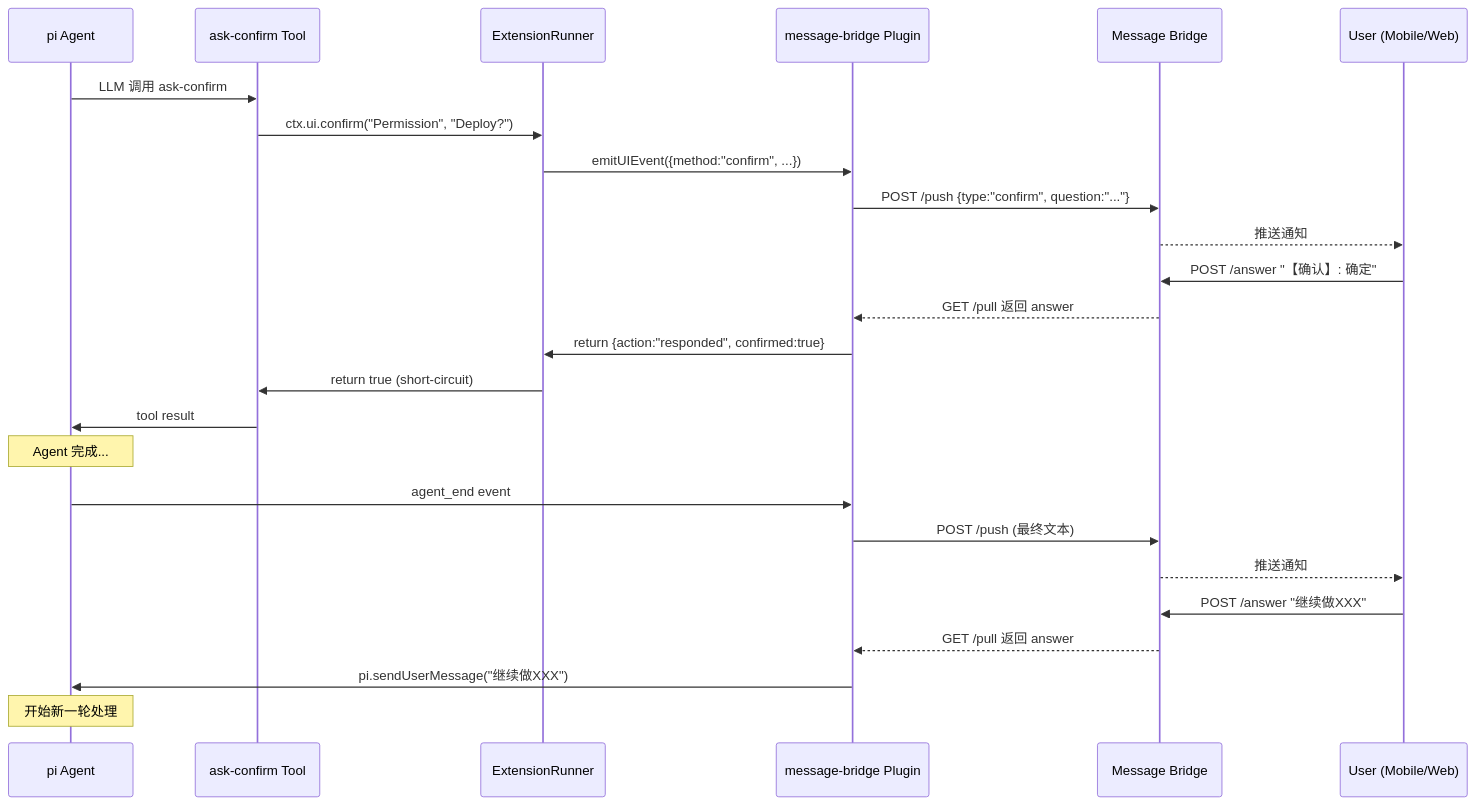
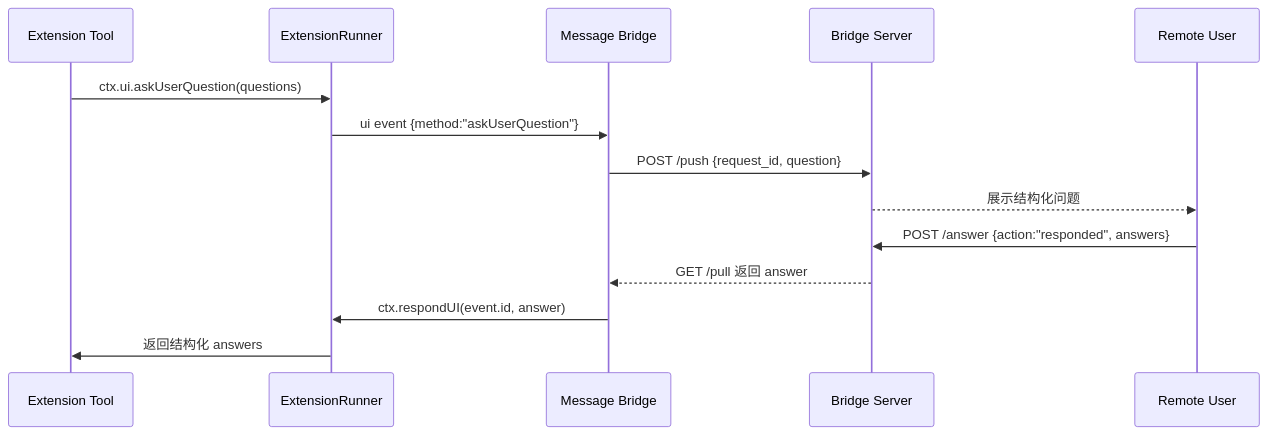
Before and after one commit to dyyz1993/pi-mono: the first of 2 diagrams in packages/coding-agent/extensions/message-bridge/GUIDE.md, drawn with Mermaid. The commit also changed other lines of this file and 32 other files, not shown here.

````diff
--- a/packages/coding-agent/extensions/message-bridge/GUIDE.md
+++ b/packages/coding-agent/extensions/message-bridge/GUIDE.md
@@ -89,30 +104,17 @@
 ```mermaid
 sequenceDiagram
-    participant Agent as pi Agent
-    participant Tool as ask-confirm Tool
+    participant Tool as Extension Tool
     participant Runner as ExtensionRunner
-    participant Plugin as message-bridge Plugin
-    participant Bridge as Message Bridge
-    participant User as User (Mobile/Web)
+    participant Plugin as Message Bridge
+    participant Bridge as Bridge Server
+    participant User as Remote User
 
-    Agent->>Tool: LLM 调用 ask-confirm
-    Tool->>Runner: ctx.ui.confirm("Permission", "Deploy?")
-    Runner->>Plugin: emitUIEvent({method:"confirm", ...})
-    Plugin->>Bridge: POST /push {type:"confirm", question:"..."}
-    Bridge-->>User: 推送通知
-    User->>Bridge: POST /answer "【确认】: 确定"
+    Tool->>Runner: ctx.ui.askUserQuestion(questions)
+    Runner->>Plugin: ui event {method:"askUserQuestion"}
+    Plugin->>Bridge: POST /push {request_id, question}
+    Bridge-->>User: 展示结构化问题
+    User->>Bridge: POST /answer {action:"responded", answers}
     Bridge-->>Plugin: GET /pull 返回 answer
-    Plugin->>Runner: return {action:"responded", confirmed:true}
-    Runner->>Tool: return true (short-circuit)
-    Tool->>Agent: tool result
-
-    Note over Agent: Agent 完成...
-
-    Agent->>Plugin: agent_end event
-    Plugin->>Bridge: POST /push (最终文本)
-    Bridge-->>User: 推送通知
-    User->>Bridge: POST /answer "继续做XXX"
-    Bridge-->>Plugin: GET /pull 返回 answer
-    Plugin->>Agent: pi.sendUserMessage("继续做XXX")
-    Note over Agent: 开始新一轮处理
+    Plugin->>Runner: ctx.respondUI(event.id, answer)
+    Runner->>Tool: 返回结构化 answers
 ```
````
